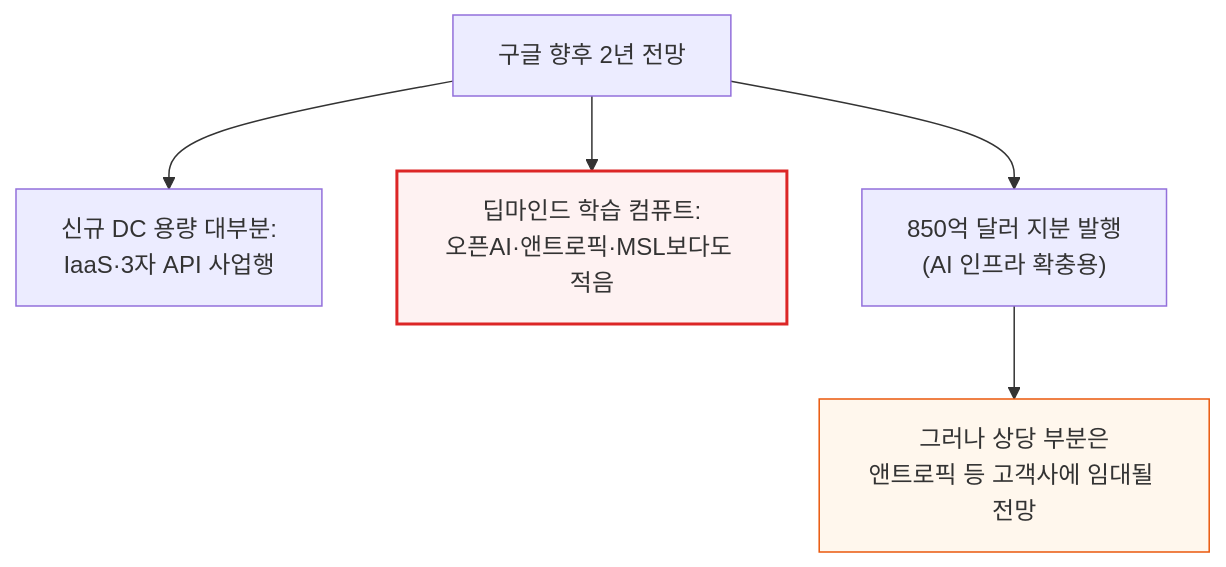
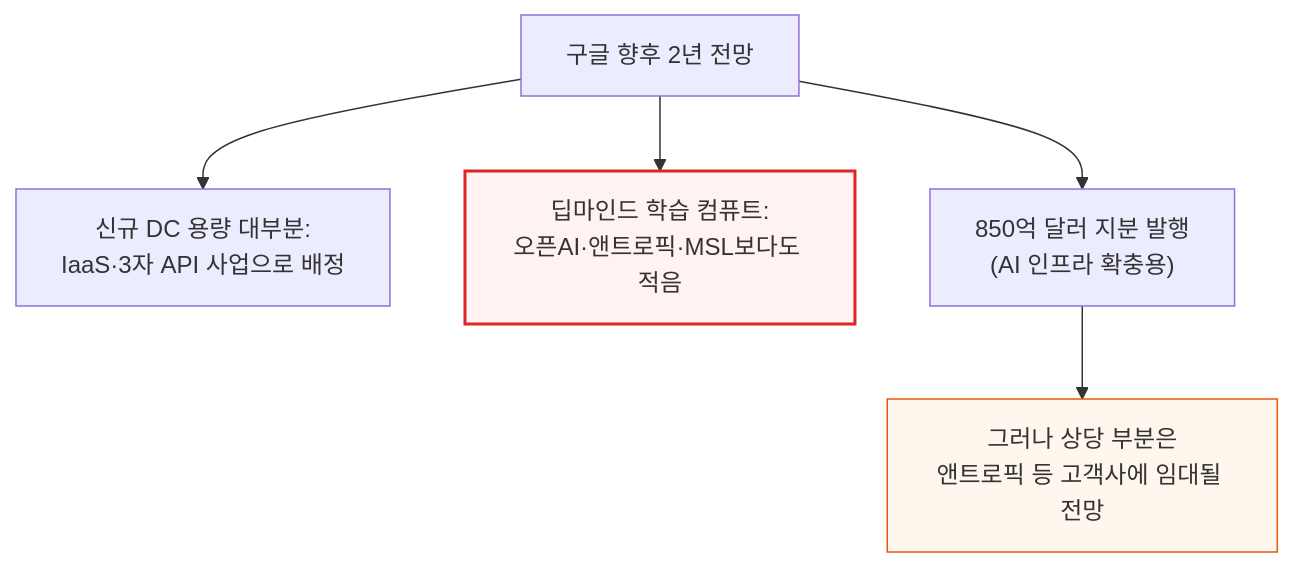
One commit to yohan4477/semi-report changed diagram 36 of 37 in source/newsletter/ai_infra/[260205] 메타 슈퍼인텔리전스의 미래 - 출범 1주년 성과 점검.md. Above: the diagram before and after it, drawn with Mermaid. The commit also changed other lines of this file, not shown here.

Commit message:
Fix diagram width violations and a typo in Meta Superintelligence doc

````diff
--- a/source/newsletter/ai_infra/[260205] 메타 슈퍼인텔리전스의 미래 - 출범 1주년 성과 점검.md
+++ b/source/newsletter/ai_infra/[260205] 메타 슈퍼인텔리전스의 미래 - 출범 1주년 성과 점검.md
@@ -612,9 +612,9 @@
 ```mermaid
 flowchart TD
-    Forecast["구글 향후 2년 전망"] --> Cap["신규 DC 용량 대부분:<br/>IaaS·3자 API 사업행"]
+    Forecast["구글 향후 2년 전망"] --> Cap["신규 DC 용량 대부분:<br/>IaaS·3자 API 사업으로 배정"]
     Forecast --> DeepMindRank["딥마인드 학습 컴퓨트:<br/>오픈AI·앤트로픽·MSL보다도 적음"]
     Forecast --> Equity["850억 달러 지분 발행<br/>(AI 인프라 확충용)"]
     Equity --> Rent["그러나 상당 부분은<br/>앤트로픽 등 고객사에 임대될 전망"]
     style DeepMindRank fill:#fef2f2,stroke:#dc2626,stroke-width:2px
     style Rent fill:#fff7ed,stroke:#ea580c
 ```
````
